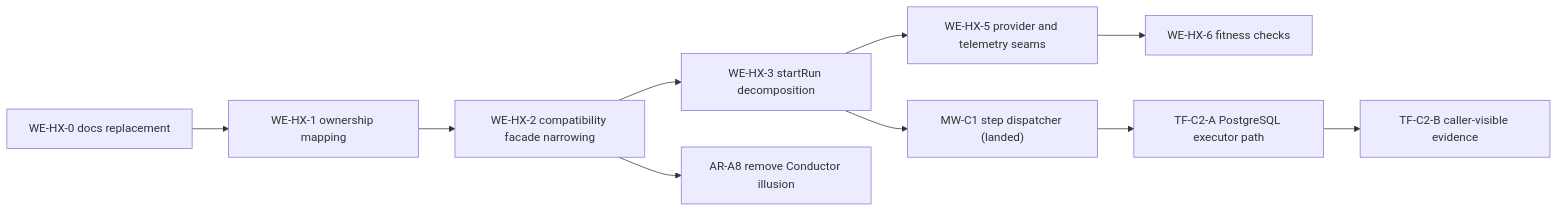
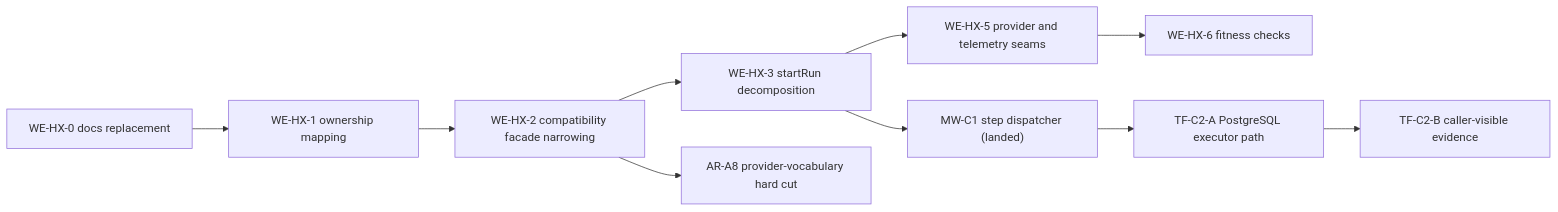
Before and after one commit to dunay2/dvt: the second of 2 diagrams in docs/architecture/components/engine/roadmap/engine-phases.md, drawn with Mermaid. The commit also changed other lines of this file and 82 other files, not shown here.

Commit message:
fix(contracts): Hard-cut runtime provider vocabulary to Temporal

````diff
--- a/docs/architecture/components/engine/roadmap/engine-phases.md
+++ b/docs/architecture/components/engine/roadmap/engine-phases.md
@@ -81,12 +81,12 @@
 ```mermaid
 flowchart LR
   HX0["WE-HX-0 docs replacement"] --> HX1["WE-HX-1 ownership mapping"]
   HX1 --> HX2["WE-HX-2 compatibility facade narrowing"]
   HX2 --> HX3["WE-HX-3 startRun decomposition"]
-  HX2 --> A8["AR-A8 remove Conductor illusion"]
+  HX2 --> A8["AR-A8 provider-vocabulary hard cut"]
   HX3 --> HX5["WE-HX-5 provider and telemetry seams"]
   HX5 --> HX6["WE-HX-6 fitness checks"]
   HX3 --> MW["MW-C1 step dispatcher (landed)"]
   MW --> TFC2A["TF-C2-A PostgreSQL executor path"]
   TFC2A --> TFC2B["TF-C2-B caller-visible evidence"]
 ```
````
